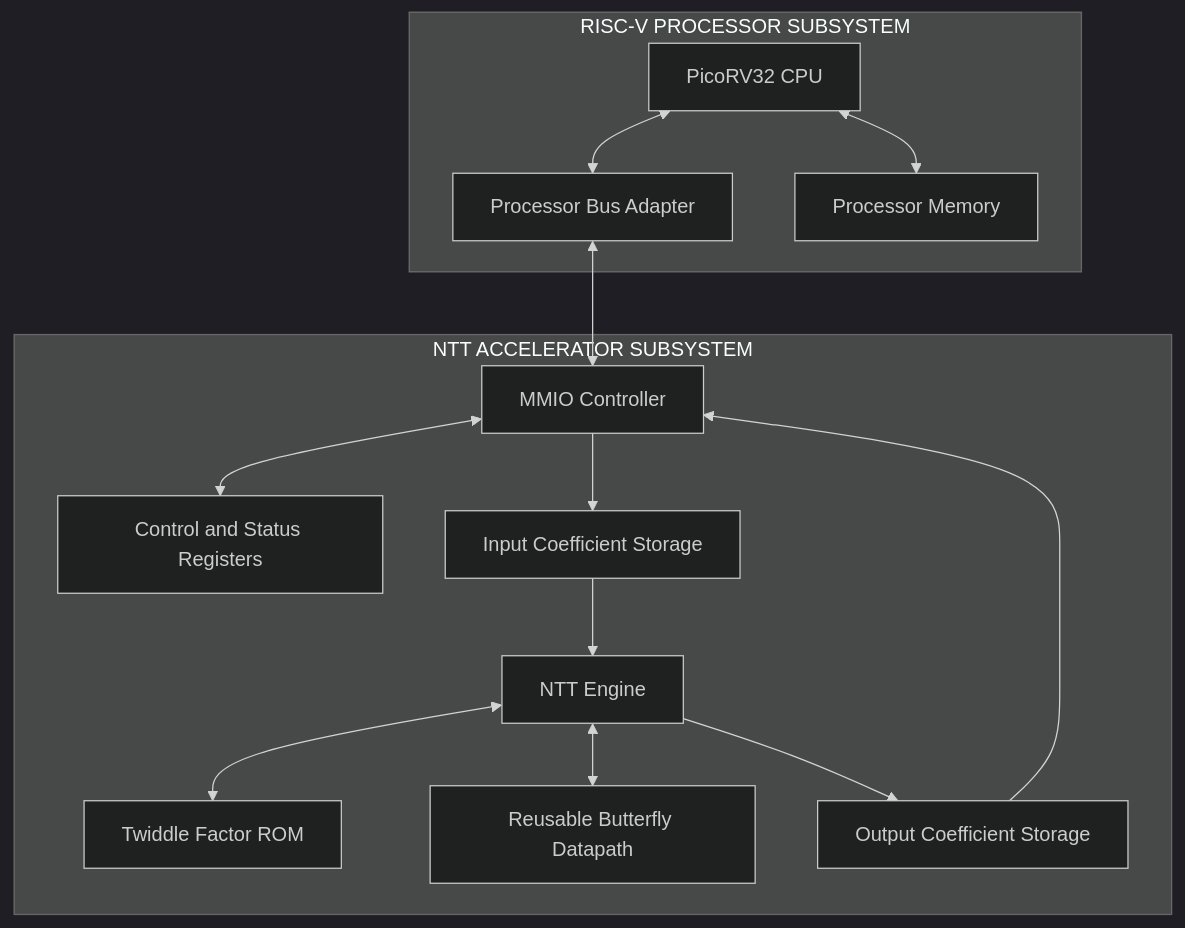
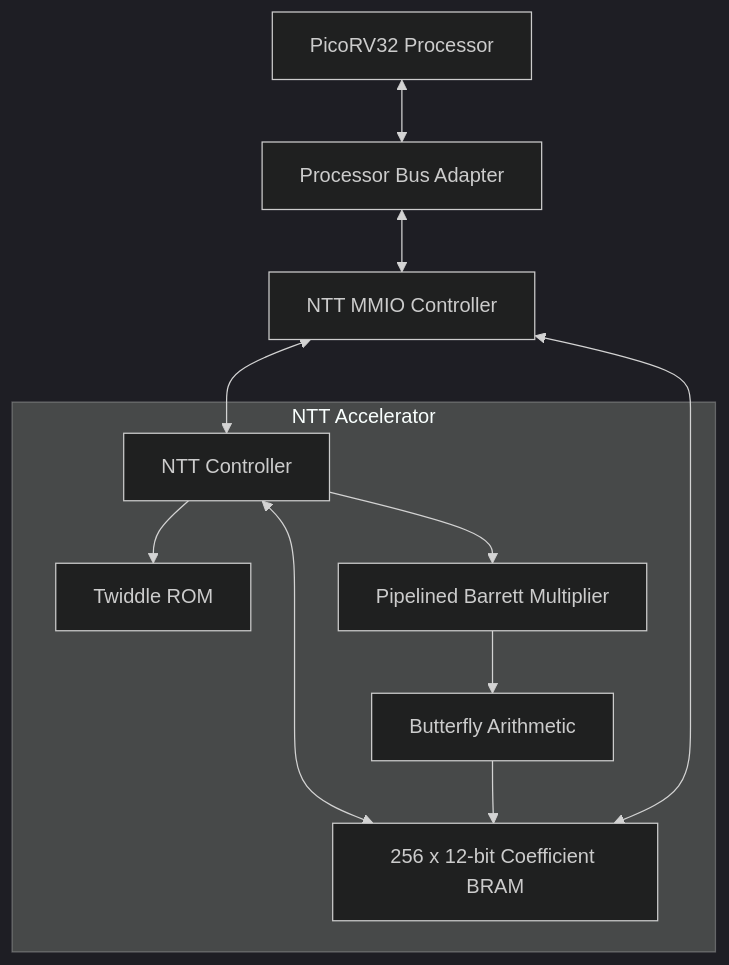
The diagram in README.md (Harshima-Joshi15/riscv-ntt-accelerator), drawn with Mermaid (dark theme) before and after one commit. The commit also changed other lines of this file, not shown here.

````diff
--- a/README.md
+++ b/README.md
@@ -55,30 +41,24 @@
 ```mermaid
 flowchart TB
-    subgraph PROCESSOR["RISC-V PROCESSOR SUBSYSTEM"]
-        CPU["PicoRV32 CPU"]
-        BUS["Processor Bus Adapter"]
-        MEM["Processor Memory"]
-        CPU <--> BUS
-        CPU <--> MEM
+    CPU["PicoRV32 Processor"]
+    BUS["Processor Bus Adapter"]
+    MMIO["NTT MMIO Controller"]
+
+    subgraph NTT["NTT Accelerator"]
+        CTRL["NTT Controller"]
+        BRAM["256 x 12-bit Coefficient BRAM"]
+        ROM["Twiddle ROM"]
+        MULT["Pipelined Barrett Multiplier"]
+        BF["Butterfly Arithmetic"]
+        CTRL <--> BRAM
+        CTRL --> ROM
+        CTRL --> MULT
+        MULT --> BF
+        BF --> BRAM
     end
 
-    subgraph ACCELERATOR["NTT ACCELERATOR SUBSYSTEM"]
-        MMIO["MMIO Controller"]
-        CTRL["Control and Status Registers"]
-        INPUT["Input Coefficient Storage"]
-        ENGINE["NTT Engine"]
-        TWIDDLE["Twiddle Factor ROM"]
-        BUTTERFLY["Reusable Butterfly Datapath"]
-        OUTPUT["Output Coefficient Storage"]
-
-        MMIO <--> CTRL
-        MMIO --> INPUT
-        INPUT --> ENGINE
-        ENGINE <--> TWIDDLE
-        ENGINE <--> BUTTERFLY
-        ENGINE --> OUTPUT
-        OUTPUT --> MMIO
-    end
-
+    CPU <--> BUS
     BUS <--> MMIO
+    MMIO <--> BRAM
+    MMIO <--> CTRL
 ```
````
